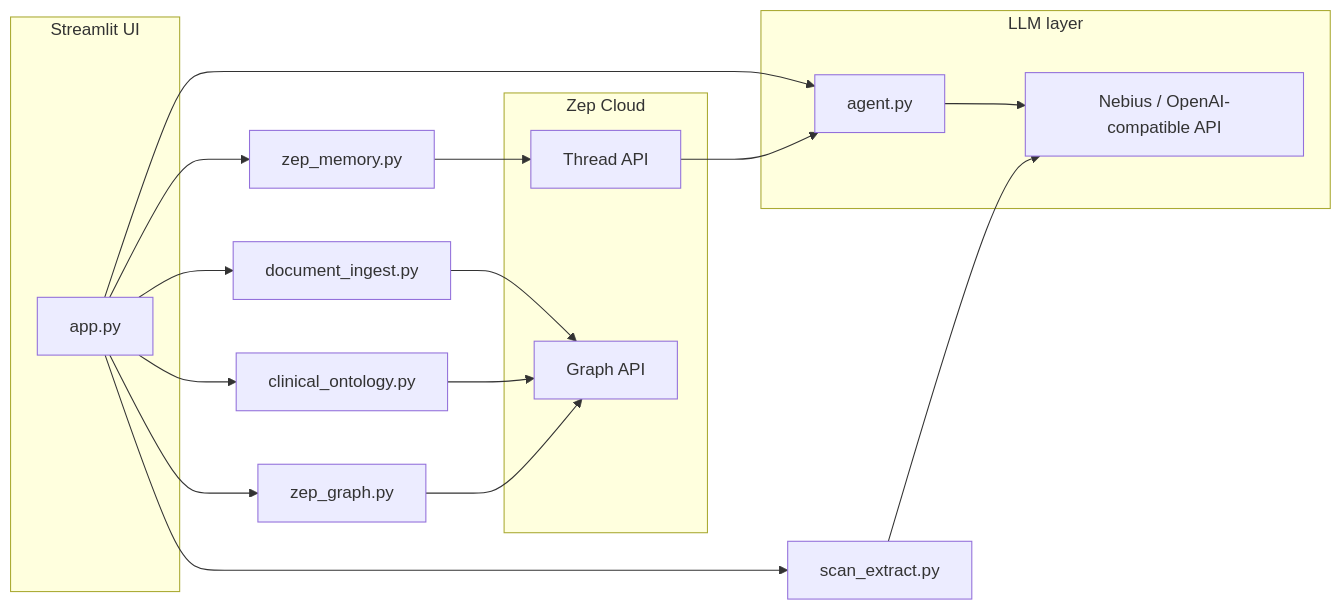
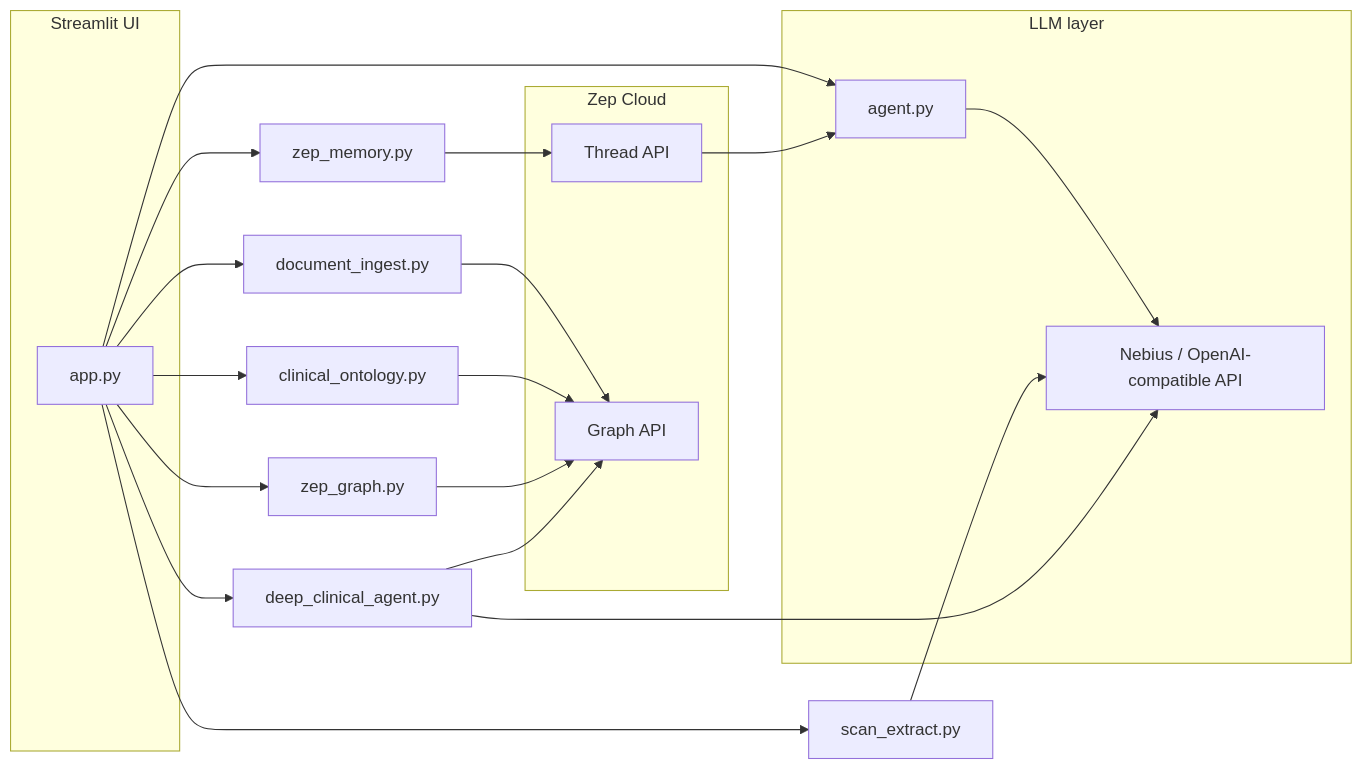
Before and after one commit to pramodthe/MedTrace-AI: the first of 3 diagrams in README.md, drawn with Mermaid. The commit also changed other lines of this file and 7 other files, not shown here.

First line of the commit message:
Integrate Deep Clinical Agent with Zep tools and PubMed

````diff
--- a/README.md
+++ b/README.md
@@ -13,27 +13,30 @@
 ```mermaid
 flowchart LR
   subgraph ui [Streamlit UI]
     APP[app.py]
   end
   subgraph llm [LLM layer]
     AG[agent.py]
     NEB[Nebius / OpenAI-compatible API]
   end
   subgraph zep [Zep Cloud]
     TH[Thread API]
     GR[Graph API]
   end
   APP --> AG
   AG --> NEB
   APP --> ZM[zep_memory.py]
   APP --> ZG[zep_graph.py]
   APP --> DOC[document_ingest.py]
   APP --> SCAN[scan_extract.py]
   APP --> ONTO[clinical_ontology.py]
+  APP --> DCA[deep_clinical_agent.py]
   ZM --> TH
   DOC --> GR
   SCAN --> NEB
   ONTO --> GR
   ZG --> GR
   TH --> AG
+  DCA --> NEB
+  DCA --> GR
 ```
````
